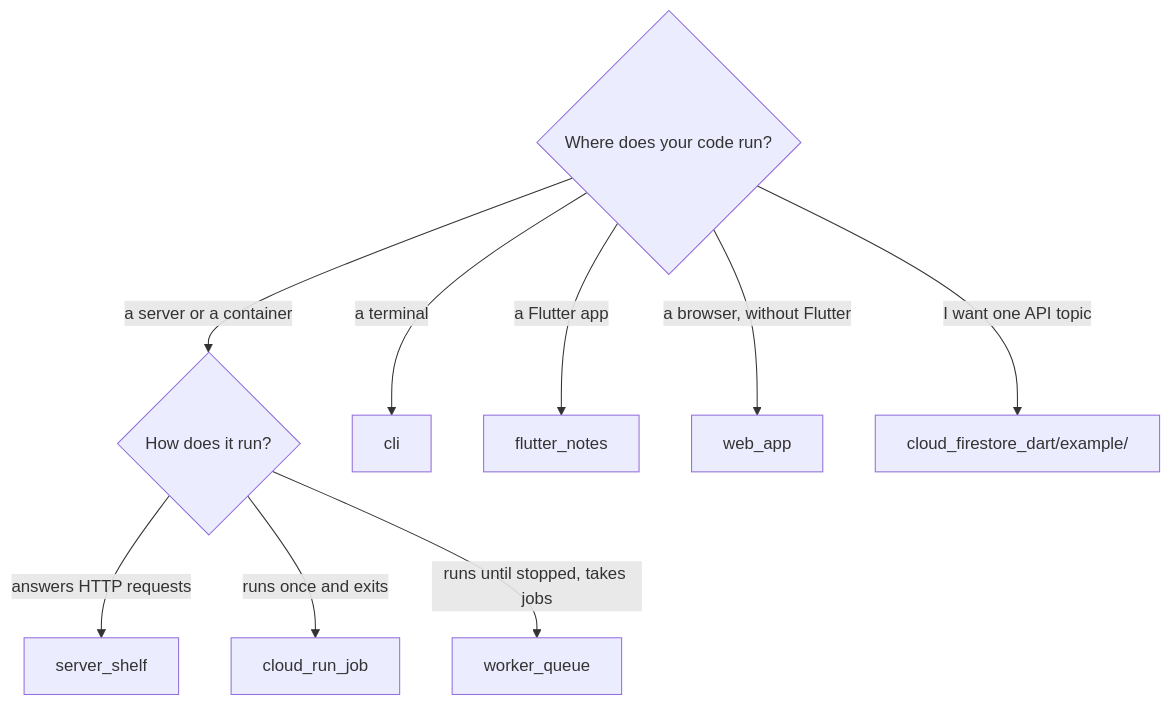
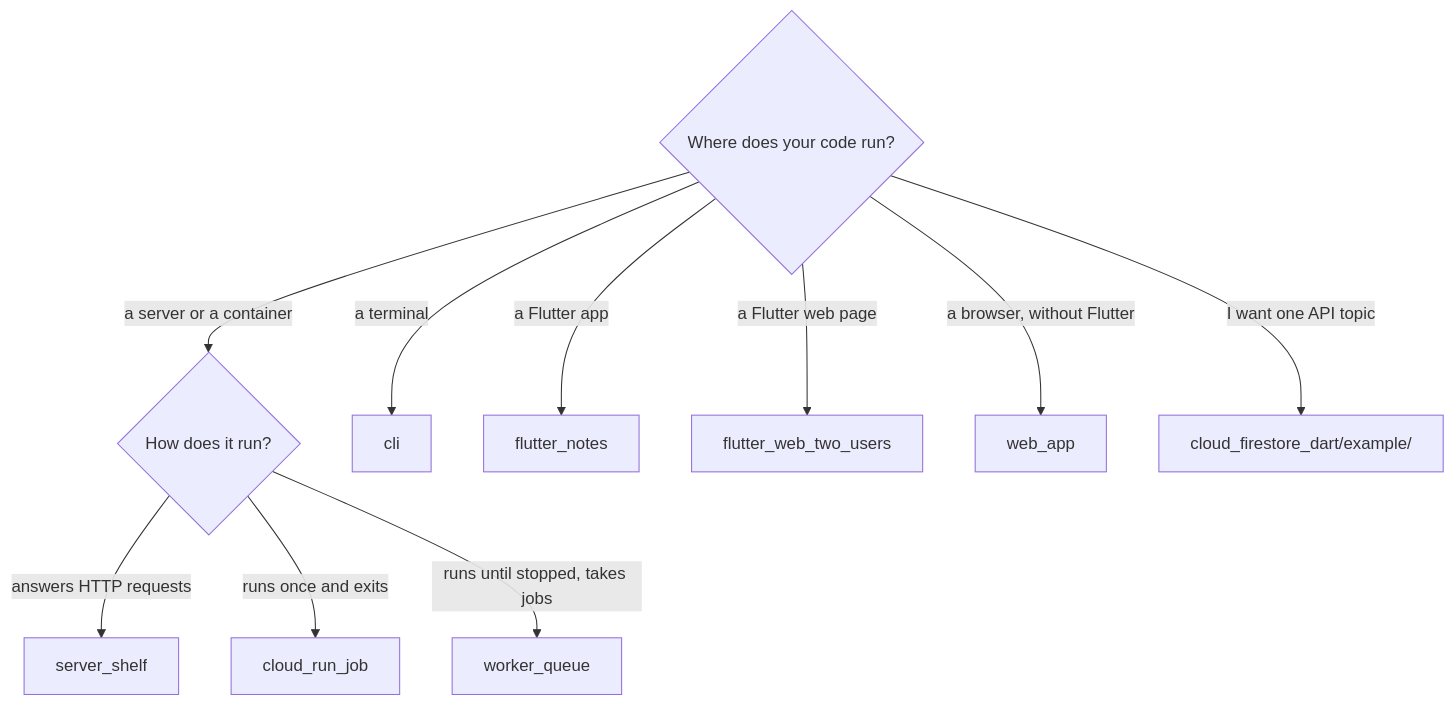
Before and after one commit to long1eu/firebase_dart_sdk: the diagram in examples/README.md, drawn with Mermaid. The commit also changed other lines of this file and 14 other files, not shown here.

First line of the commit message:
Add flutter_web_two_users, a Flutter web example with two signed-in users

````diff
--- a/examples/README.md
+++ b/examples/README.md
@@ -19,12 +20,13 @@
 ```mermaid
 flowchart TD
   start{"Where does your code run?"}
   start -- "a server or a container" --> serverKind{"How does it run?"}
   serverKind -- "answers HTTP requests" --> serverShelf["server_shelf"]
   serverKind -- "runs once and exits" --> cloudRunJob["cloud_run_job"]
   serverKind -- "runs until stopped, takes jobs" --> workerQueue["worker_queue"]
   start -- "a terminal" --> cli["cli"]
   start -- "a Flutter app" --> flutterNotes["flutter_notes"]
+  start -- "a Flutter web page" --> flutterWeb["flutter_web_two_users"]
   start -- "a browser, without Flutter" --> webApp["web_app"]
   start -- "I want one API topic" --> apiExamples["cloud_firestore_dart/example/"]
 ```
````
